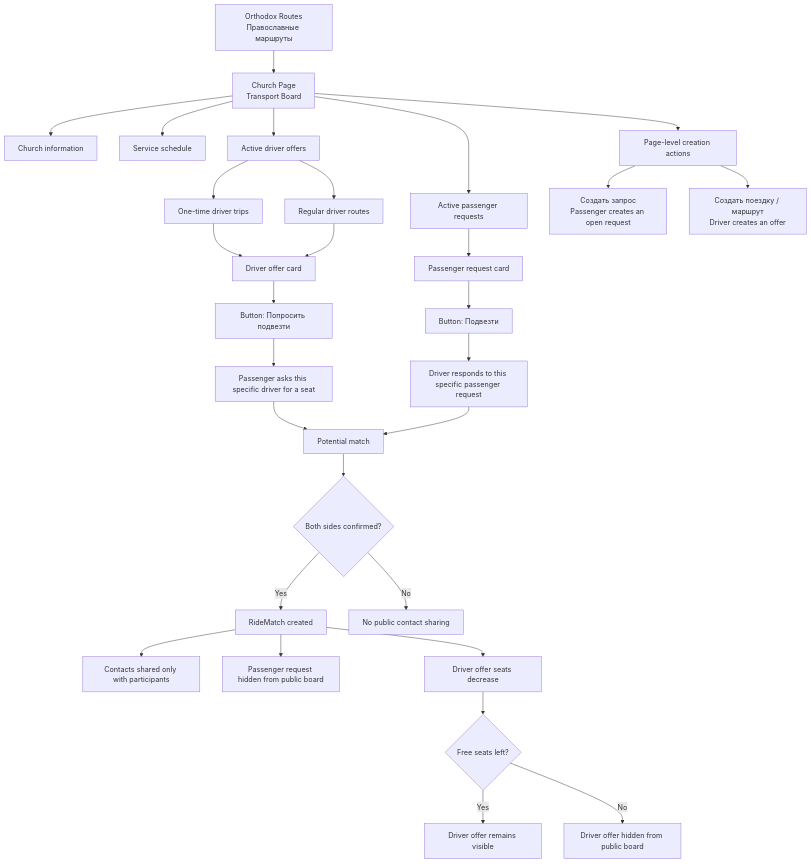
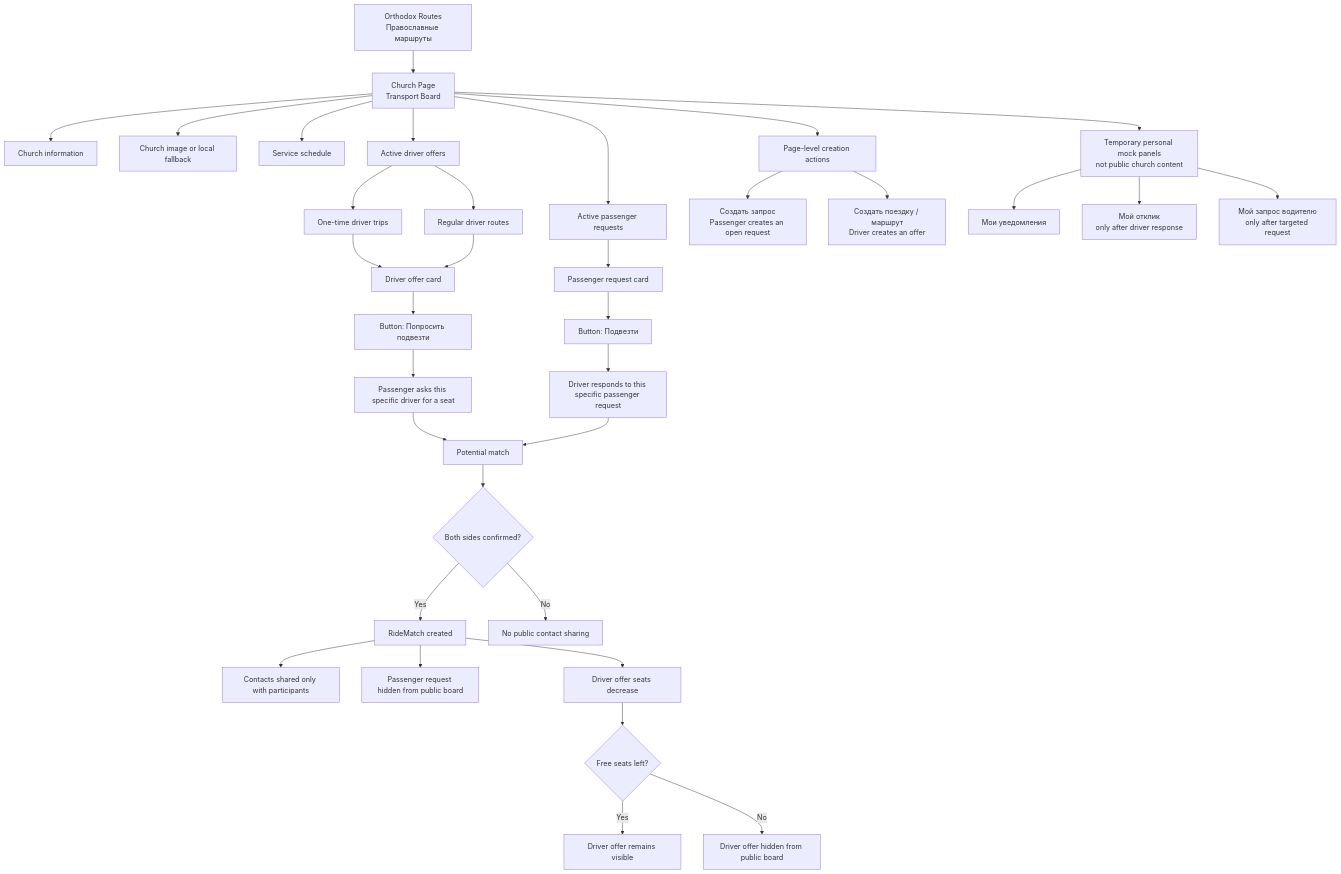
One commit to Agafanail/orthodox-routes changed the first of 14 diagrams in docs/PROJECT_MAP.md. Above: the diagram before and after it, drawn with Mermaid. The commit also changed other lines of this file and 13 other files, not shown here.

First line of the commit message:
Implement persistent church transport request flows

````diff
--- a/docs/PROJECT_MAP.md
+++ b/docs/PROJECT_MAP.md
@@ -17,39 +17,45 @@
 ```mermaid
 flowchart TD
     A["Orthodox Routes<br/>Православные маршруты"] --> B["Church Page<br/>Transport Board"]
 
     B --> C["Church information"]
+    B --> C1["Church image or local fallback"]
     B --> D["Service schedule"]
     B --> E["Active driver offers"]
     B --> F["Active passenger requests"]
     B --> G["Page-level creation actions"]
+    B --> H["Temporary personal mock panels<br/>not public church content"]
 
     E --> E1["One-time driver trips"]
     E --> E2["Regular driver routes"]
     E1 --> E3["Driver offer card"]
     E2 --> E3
     E3 --> E4["Button: Попросить подвезти"]
     E4 --> E5["Passenger asks this specific driver for a seat"]
 
     F --> F1["Passenger request card"]
     F1 --> F2["Button: Подвезти"]
     F2 --> F3["Driver responds to this specific passenger request"]
 
     G --> G1["Создать запрос<br/>Passenger creates an open request"]
     G --> G2["Создать поездку / маршрут<br/>Driver creates an offer"]
+
+    H --> H1["Мои уведомления"]
+    H --> H2["Мой отклик<br/>only after driver response"]
+    H --> H3["Мой запрос водителю<br/>only after targeted request"]
 
     E5 --> M["Potential match"]
     F3 --> M
 
     M --> M1{"Both sides confirmed?"}
     M1 -->|Yes| M2["RideMatch created"]
     M2 --> M3["Contacts shared only with participants"]
     M2 --> M4["Passenger request hidden from public board"]
     M2 --> M5["Driver offer seats decrease"]
 
     M5 --> M6{"Free seats left?"}
     M6 -->|Yes| M7["Driver offer remains visible"]
     M6 -->|No| M8["Driver offer hidden from public board"]
 
     M1 -->|No| M9["No public contact sharing"]
 ```
````
